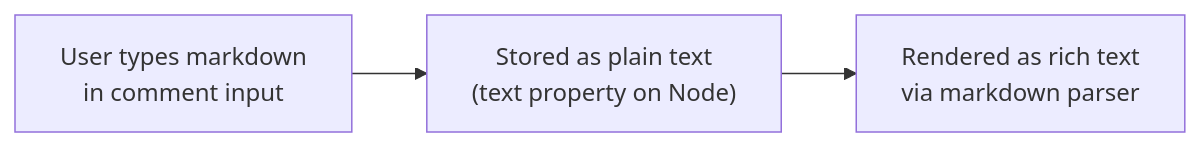
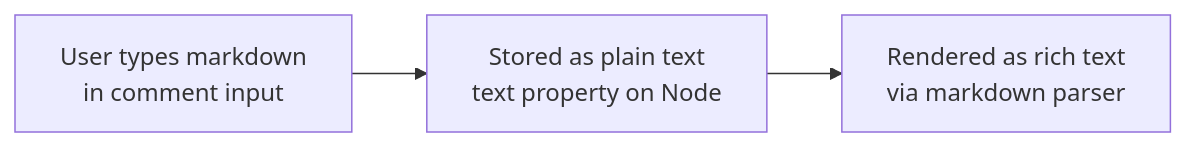
The ninth of 14 diagrams in docs/explorations/COMMENTING_SYSTEM.md (crs48/xNet), drawn with Mermaid before and after one commit. The commit also changed other lines of this file and 21 other files, not shown here.

First line of the commit message:
Fix Mermaid parse errors: remove parentheses in flowchart node labels after <br/> tags

````diff
--- a/docs/explorations/COMMENTING_SYSTEM.md
+++ b/docs/explorations/COMMENTING_SYSTEM.md
@@ -666,8 +666,8 @@
 ```mermaid
 flowchart LR
     INPUT[User types markdown<br/>in comment input]
-    STORE["Stored as plain text<br/>(text property on Node)"]
+    STORE["Stored as plain text<br/>text property on Node"]
     RENDER[Rendered as rich text<br/>via markdown parser]
 
     INPUT --> STORE --> RENDER
 ```
````
